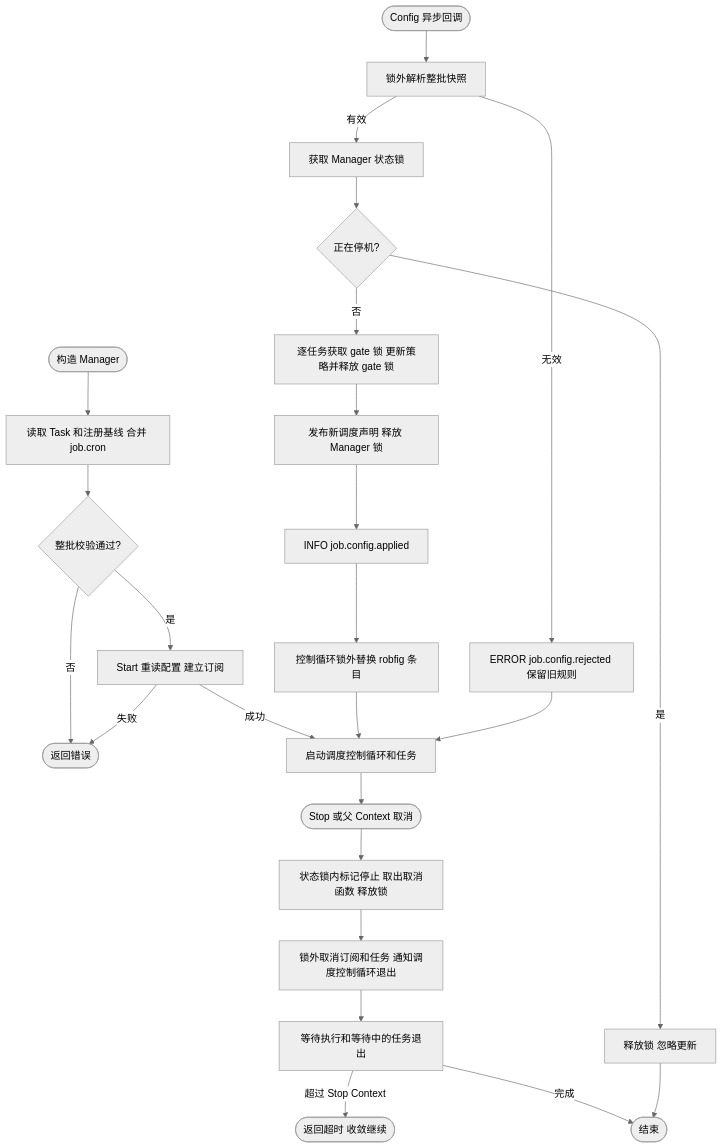
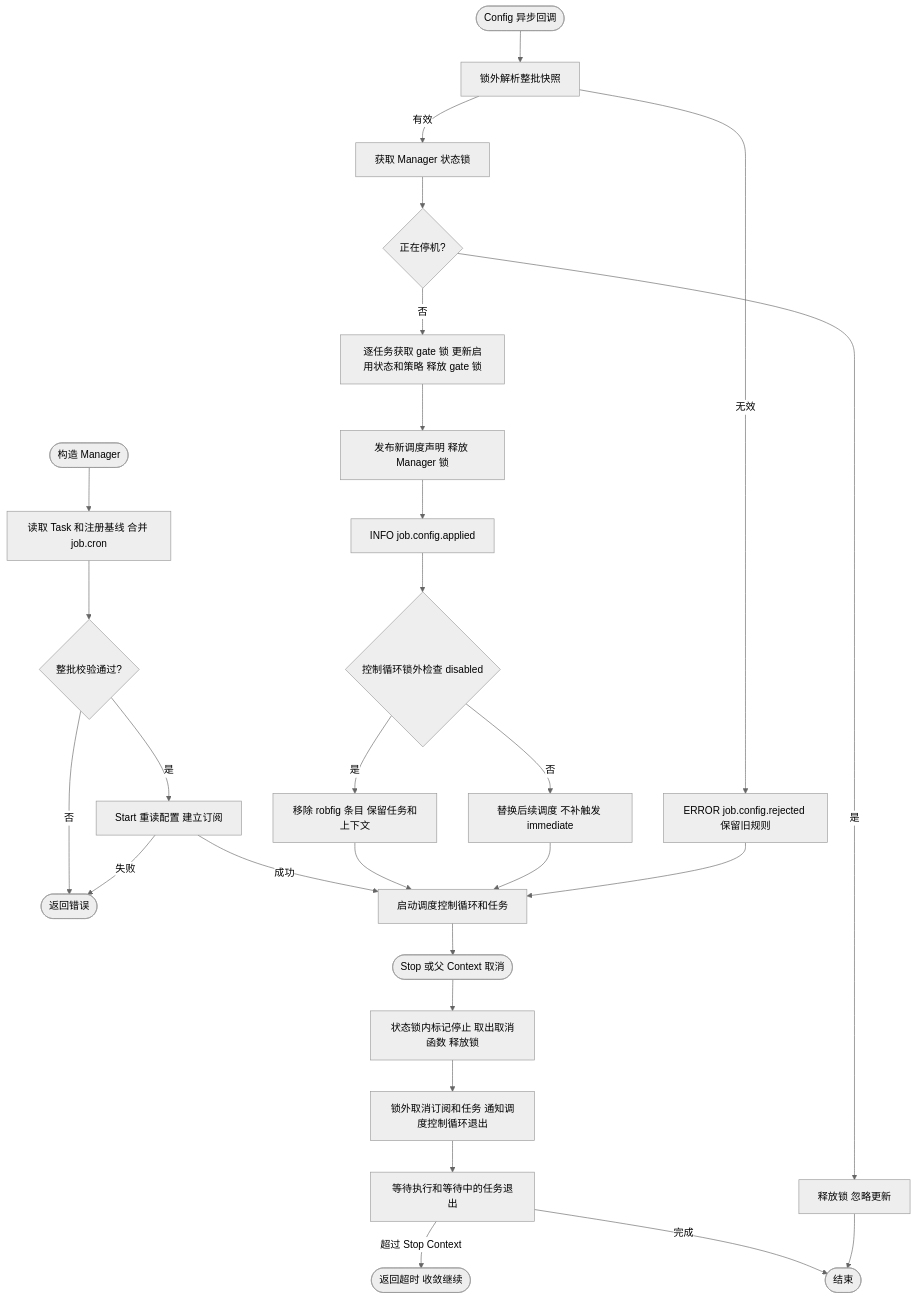
Before and after one commit to jaggerzhuang1994/kratos-foundation: the first of 6 diagrams in pkg/job/README.md, drawn with Mermaid (neutral theme). The commit also changed other lines of this file and 16 other files, not shown here.

````diff
--- a/pkg/job/README.md
+++ b/pkg/job/README.md
@@ -64,27 +69,30 @@
 ```mermaid
 flowchart TD
  A([构造 Manager]) --> B[读取 Task 和注册基线 合并 job.cron]
  B --> C{整批校验通过?}
  C -- 否 --> X([返回错误])
  C -- 是 --> D[Start 重读配置 建立订阅]
  D -- 失败 --> X
  D -- 成功 --> E[启动调度控制循环和任务]
  U([Config 异步回调]) --> V[锁外解析整批快照]
  V -- 无效 --> W[ERROR job.config.rejected 保留旧规则]
  V -- 有效 --> L[获取 Manager 状态锁]
  L --> S{正在停机?}
  S -- 是 --> Z[释放锁 忽略更新]
- S -- 否 --> G[逐任务获取 gate 锁 更新策略并释放 gate 锁]
+ S -- 否 --> G[逐任务获取 gate 锁 更新启用状态和策略 释放 gate 锁]
  G --> H[发布新调度声明 释放 Manager 锁]
  H --> I[INFO job.config.applied]
- I --> J[控制循环锁外替换 robfig 条目]
- J --> E
+ I --> J{控制循环锁外检查 disabled}
+ J -- 是 --> J1[移除 robfig 条目 保留任务和上下文]
+ J -- 否 --> J2[替换后续调度 不补触发 immediate]
+ J1 --> E
+ J2 --> E
  W --> E
  E --> K([Stop 或父 Context 取消])
  K --> M[状态锁内标记停止 取出取消函数 释放锁]
  M --> N[锁外取消订阅和任务 通知调度控制循环退出]
  N --> O[等待执行和等待中的任务退出]
  O -- 超过 Stop Context --> P([返回超时 收敛继续])
  O -- 完成 --> Q([结束])
  Z --> Q
 ```
````
